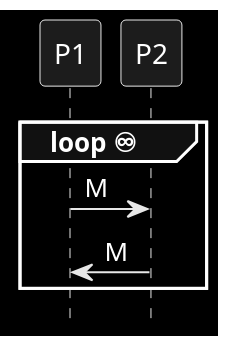
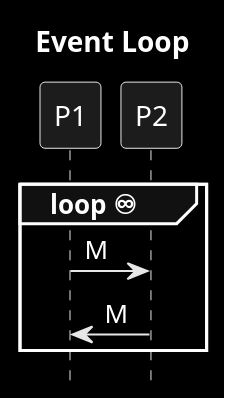
Before and after one commit to victorrentea/kafka: the diagram in patterns/9_storm_loop.puml, drawn with PlantUML. The commit also changed 15 other files, not shown here.

```diff
--- a/patterns/9_storm_loop.puml
+++ b/patterns/9_storm_loop.puml
@@ -1,10 +1,11 @@
 @startuml
+title Event Loop
 hide footbox
 skinparam monochrome reverse
 
 group loop ♾
     P1->P2: M
     P2->P1: M
 end
 
 @enduml
```
